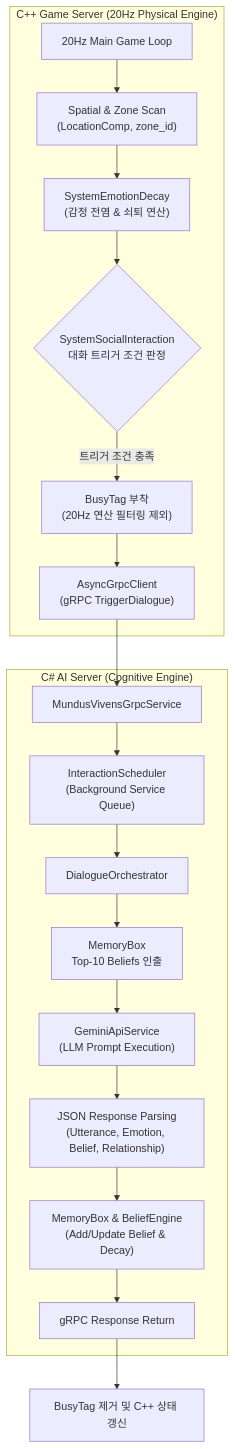
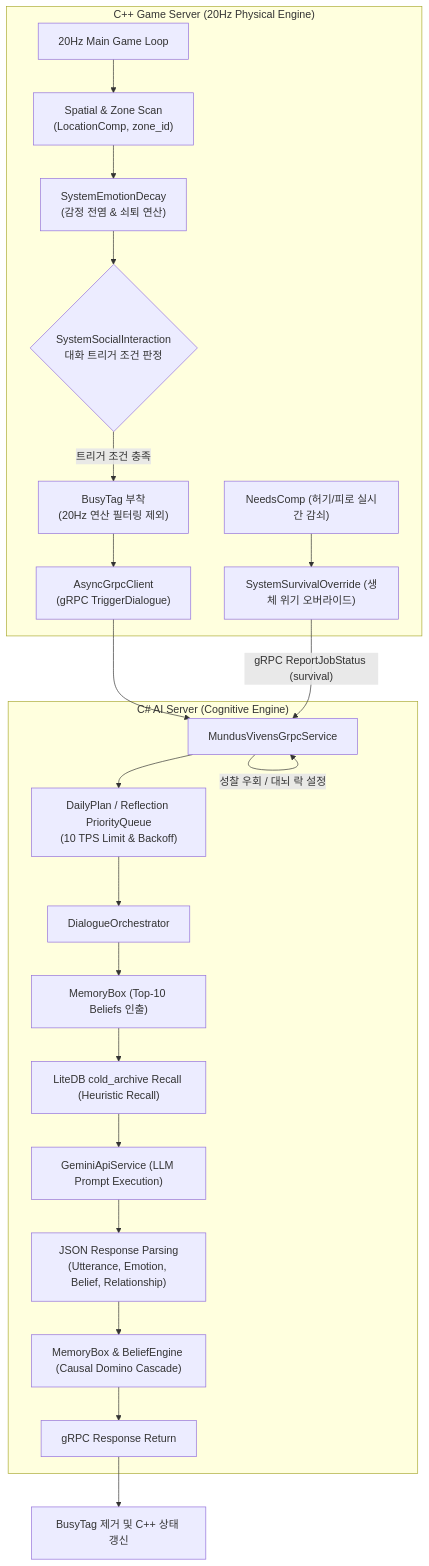
The first of 2 diagrams in docs/02_agent_design.md (jin20203458/MundusVivens), drawn with Mermaid before and after one commit. The commit also changed other lines of this file and 7 other files, not shown here.

````diff
--- a/docs/02_agent_design.md
+++ b/docs/02_agent_design.md
@@ -11,24 +11,30 @@
 ```mermaid
 flowchart TD
     subgraph CPP ["C++ Game Server (20Hz Physical Engine)"]
         Physics["20Hz Main Game Loop"] --> ZoneScan["Spatial & Zone Scan<br/>(LocationComp, zone_id)"]
         ZoneScan --> Contagion["SystemEmotionDecay<br/>(감정 전염 & 쇠퇴 연산)"]
         Contagion --> InteractionCheck{"SystemSocialInteraction<br/>대화 트리거 조건 판정"}
         InteractionCheck -- "트리거 조건 충족" --> AttachBusy["BusyTag 부착<br/>(20Hz 연산 필터링 제외)"]
         AttachBusy --> AsyncGrpc["AsyncGrpcClient<br/>(gRPC TriggerDialogue)"]
+        
+        Needs["NeedsComp (허기/피로 실시간 감쇠)"] --> Survival["SystemSurvivalOverride (생체 위기 오버라이드)"]
     end
 
     subgraph CS ["C# AI Server (Cognitive Engine)"]
         AsyncGrpc --> GrpcEndpoint["MundusVivensGrpcService"]
-        GrpcEndpoint --> Queue["InteractionScheduler<br/>(Background Service Queue)"]
+        GrpcEndpoint --> Queue["DailyPlan / Reflection PriorityQueue<br/>(10 TPS Limit & Backoff)"]
         Queue --> Orchestrator["DialogueOrchestrator"]
         
-        Orchestrator --> MemRetrieve["MemoryBox<br/>Top-10 Beliefs 인출"]
-        MemRetrieve --> LLMCall["GeminiApiService<br/>(LLM Prompt Execution)"]
+        Orchestrator --> MemRetrieve["MemoryBox (Top-10 Beliefs 인출)"]
+        MemRetrieve --> Recall["LiteDB cold_archive Recall (Heuristic Recall)"]
+        Recall --> LLMCall["GeminiApiService (LLM Prompt Execution)"]
         LLMCall --> ResponseParse["JSON Response Parsing<br/>(Utterance, Emotion, Belief, Relationship)"]
-        ResponseParse --> BeliefUpdate["MemoryBox & BeliefEngine<br/>(Add/Update Belief & Decay)"]
+        ResponseParse --> BeliefUpdate["MemoryBox & BeliefEngine (Causal Domino Cascade)"]
         BeliefUpdate --> ReturnGrpc["gRPC Response Return"]
+        
+        Survival -->|"gRPC ReportJobStatus (survival)"| GrpcEndpoint
+        GrpcEndpoint -->|"성찰 우회 / 대뇌 락 설정"| GrpcEndpoint
     end
 
     ReturnGrpc --> DetachBusy["BusyTag 제거 및 C++ 상태 갱신"]
 ```
````
